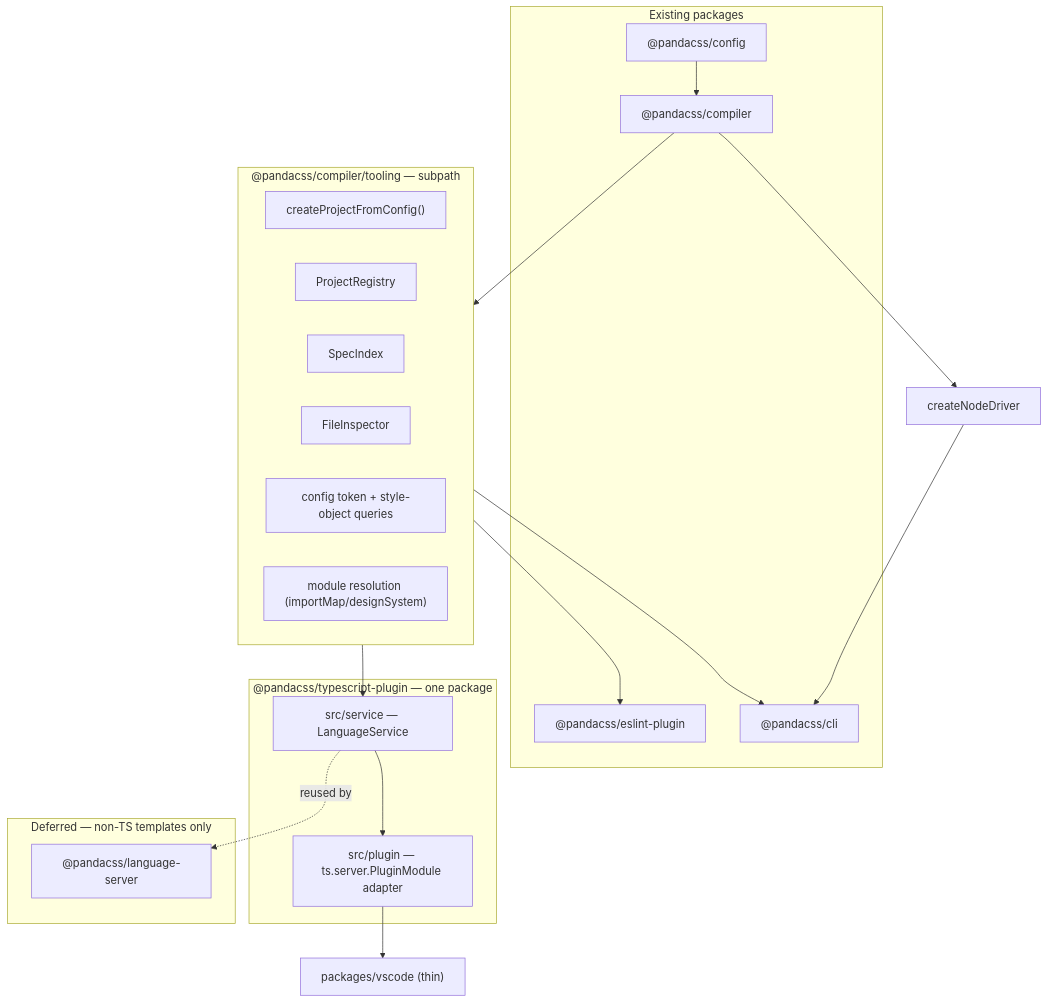
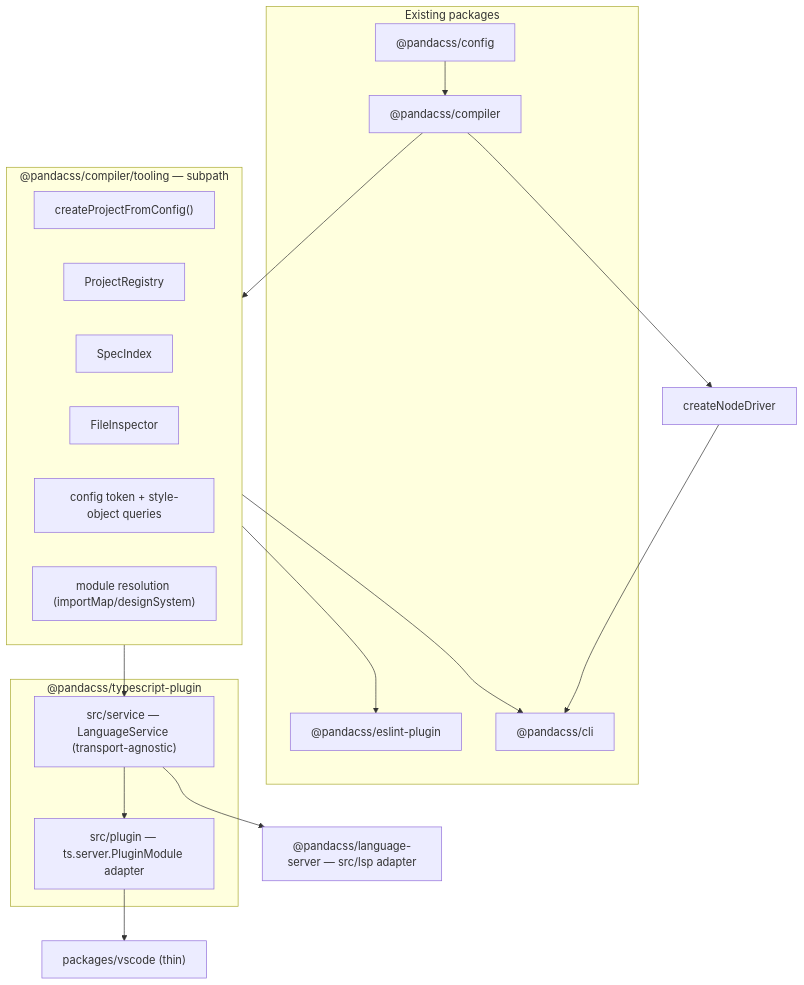
One commit to chakra-ui/panda changed the diagram in design-notes/language-service-implementation.md. Above: the diagram before and after it, drawn with Mermaid. The commit also changed other lines of this file and 2 other files, not shown here.

First line of the commit message:
docs: update language service design notes

````diff
--- a/design-notes/language-service-implementation.md
+++ b/design-notes/language-service-implementation.md
@@ -107,40 +132,37 @@
 ```mermaid
 flowchart TB
   subgraph existing [Existing packages]
     config["@pandacss/config"]
     compiler["@pandacss/compiler"]
     eslint["@pandacss/eslint-plugin"]
     cli["@pandacss/cli"]
   end
 
   subgraph compiler_tooling ["@pandacss/compiler/tooling — subpath"]
     load["createProjectFromConfig()"]
     registry["ProjectRegistry"]
     spec["SpecIndex"]
     inspect["FileInspector"]
     cfgq["config token + style-object queries"]
     modres["module resolution (importMap/designSystem)"]
   end
 
-  subgraph ts_plugin ["@pandacss/typescript-plugin — one package"]
-    service["src/service — LanguageService"]
+  subgraph ts_plugin ["@pandacss/typescript-plugin"]
+    service["src/service — LanguageService (transport-agnostic)"]
     adapter["src/plugin — ts.server.PluginModule adapter"]
   end
 
+  lsp_pkg["@pandacss/language-server — src/lsp adapter"]
   vscode["packages/vscode (thin)"]
 
   config --> compiler
   compiler --> compiler_tooling
   compiler_tooling --> eslint
   compiler_tooling --> service
   compiler_tooling --> cli
   service --> adapter
+  service --> lsp_pkg
   adapter --> vscode
   compiler --> driver["createNodeDriver"]
   driver --> cli
-
-  subgraph deferred ["Deferred — non-TS templates only"]
-    lsp["@pandacss/language-server"]
-  end
-  service -.reused by.-> lsp
 ```
````
